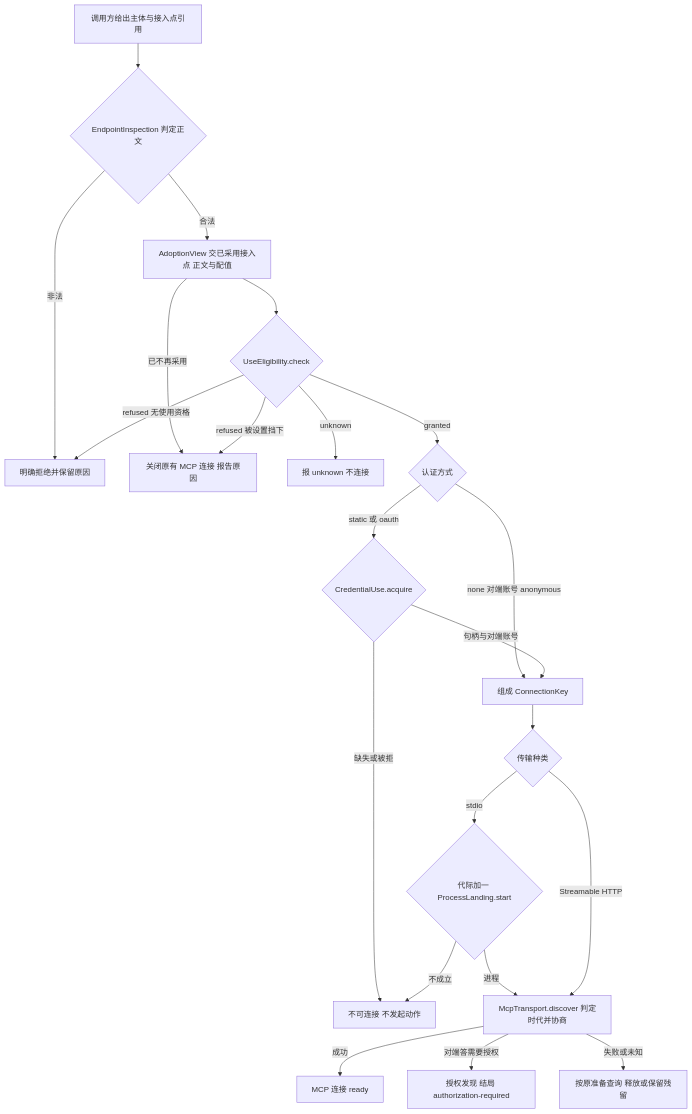
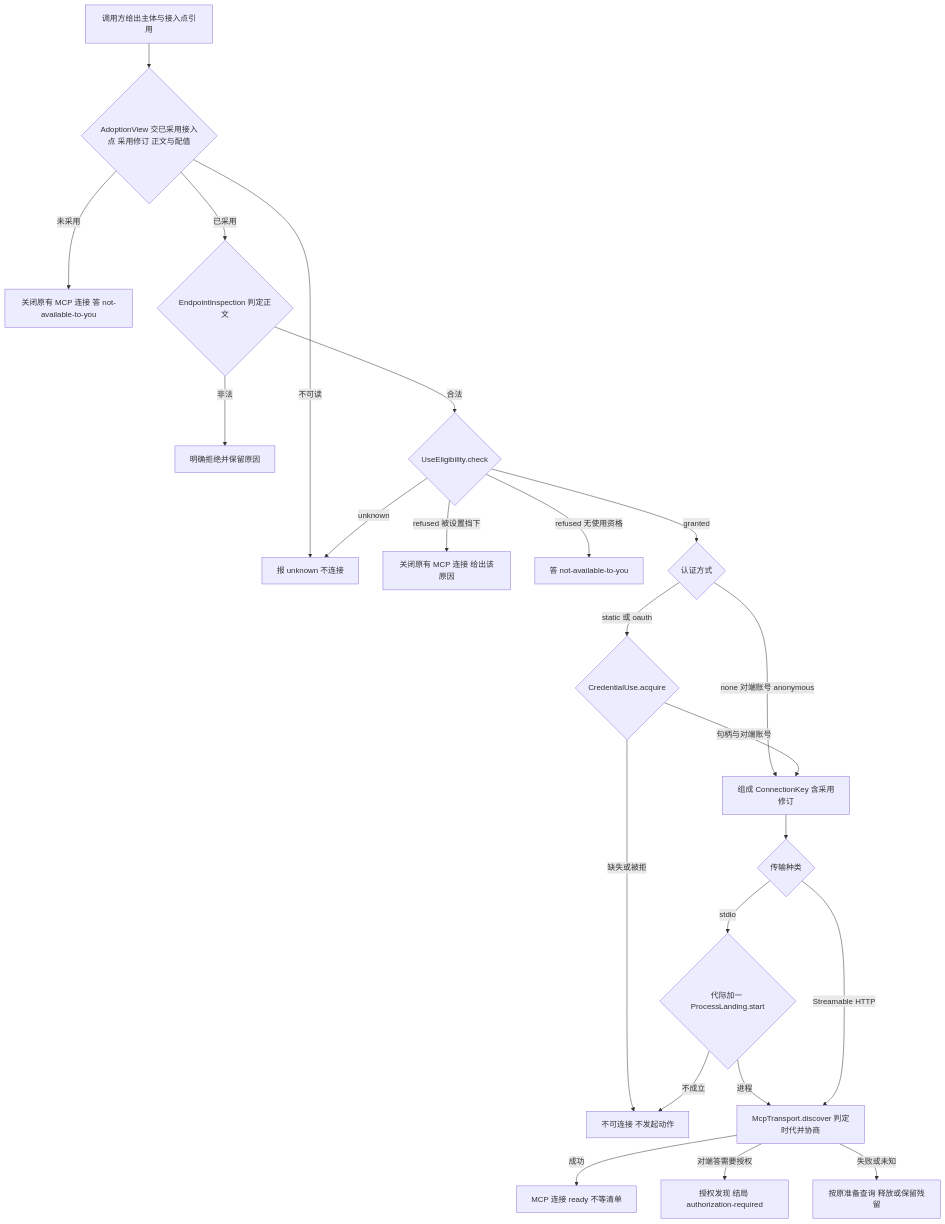
Before and after one commit to nemori-ai/omne-harness-lite: the first of 3 diagrams in packages/mcp/docs/key-flows.md, drawn with Mermaid. The commit also changed other lines of this file and 4 other files, not shown here.

````diff
--- a/packages/mcp/docs/key-flows.md
+++ b/packages/mcp/docs/key-flows.md
@@ -20,24 +20,25 @@
 ```mermaid
 flowchart TD
-    A[调用方给出主体与接入点引用] --> B{EndpointInspection 判定正文}
+    A[调用方给出主体与接入点引用] --> C{AdoptionView 交已采用接入点 采用修订 正文与配值}
+    C -->|未采用| X[关闭原有 MCP 连接 答 not-available-to-you]
+    C -->|不可读| N[报 unknown 不连接]
+    C -->|已采用| B{EndpointInspection 判定正文}
     B -->|非法| R[明确拒绝并保留原因]
-    B -->|合法| C[AdoptionView 交已采用接入点 正文与配值]
-    C -->|已不再采用| X[关闭原有 MCP 连接 报告原因]
-    C --> Q{UseEligibility.check}
-    Q -->|refused 被设置挡下| X
-    Q -->|refused 无使用资格| R
-    Q -->|unknown| N[报 unknown 不连接]
+    B -->|合法| Q{UseEligibility.check}
+    Q -->|refused 被设置挡下| Y[关闭原有 MCP 连接 给出该原因]
+    Q -->|refused 无使用资格| V[答 not-available-to-you]
+    Q -->|unknown| N
     Q -->|granted| M{认证方式}
-    M -->|none 对端账号 anonymous| K[组成 ConnectionKey]
+    M -->|none 对端账号 anonymous| K[组成 ConnectionKey 含采用修订]
     M -->|static 或 oauth| D{CredentialUse.acquire}
     D -->|缺失或被拒| U[不可连接 不发起动作]
     D -->|句柄与对端账号| K
     K --> S{传输种类}
     S -->|stdio| L{代际加一 ProcessLanding.start}
     L -->|不成立| U
     L -->|进程| E[McpTransport.discover 判定时代并协商]
     S -->|Streamable HTTP| E
-    E -->|成功| G[MCP 连接 ready]
+    E -->|成功| G[MCP 连接 ready 不等清单]
     E -->|对端答需要授权| Z[授权发现 结局 authorization-required]
     E -->|失败或未知| H[按原准备查询 释放或保留残留]
 ```
````
